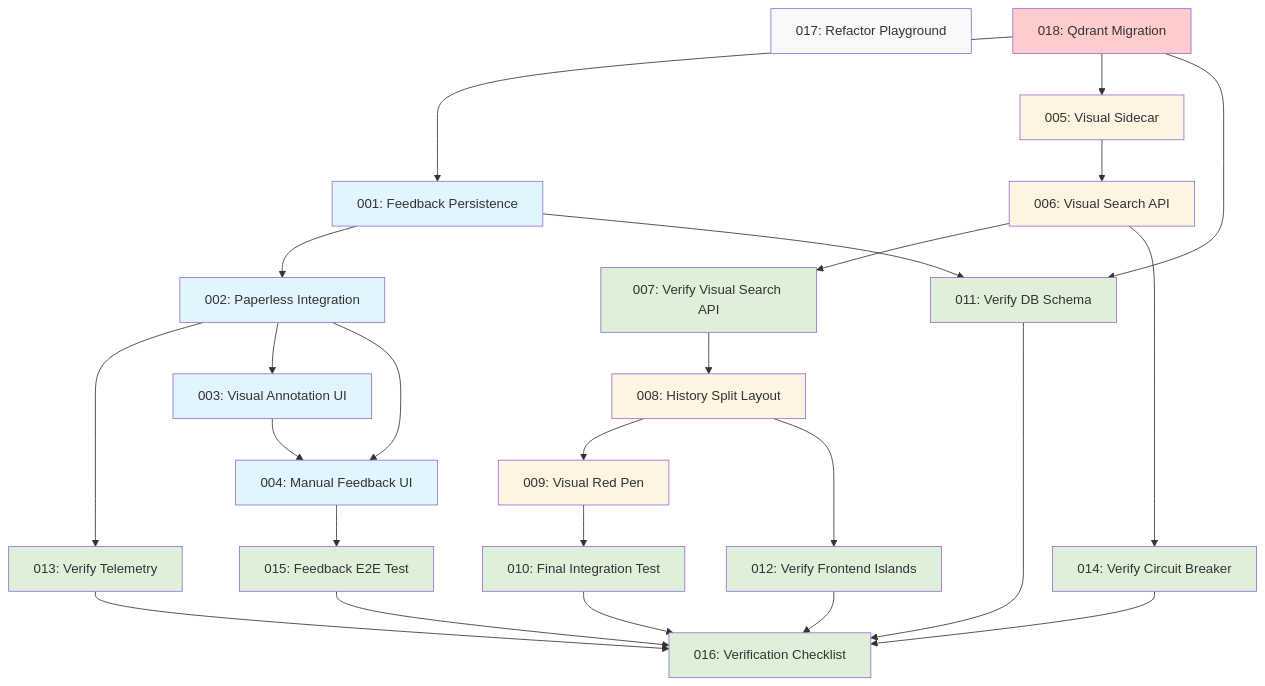
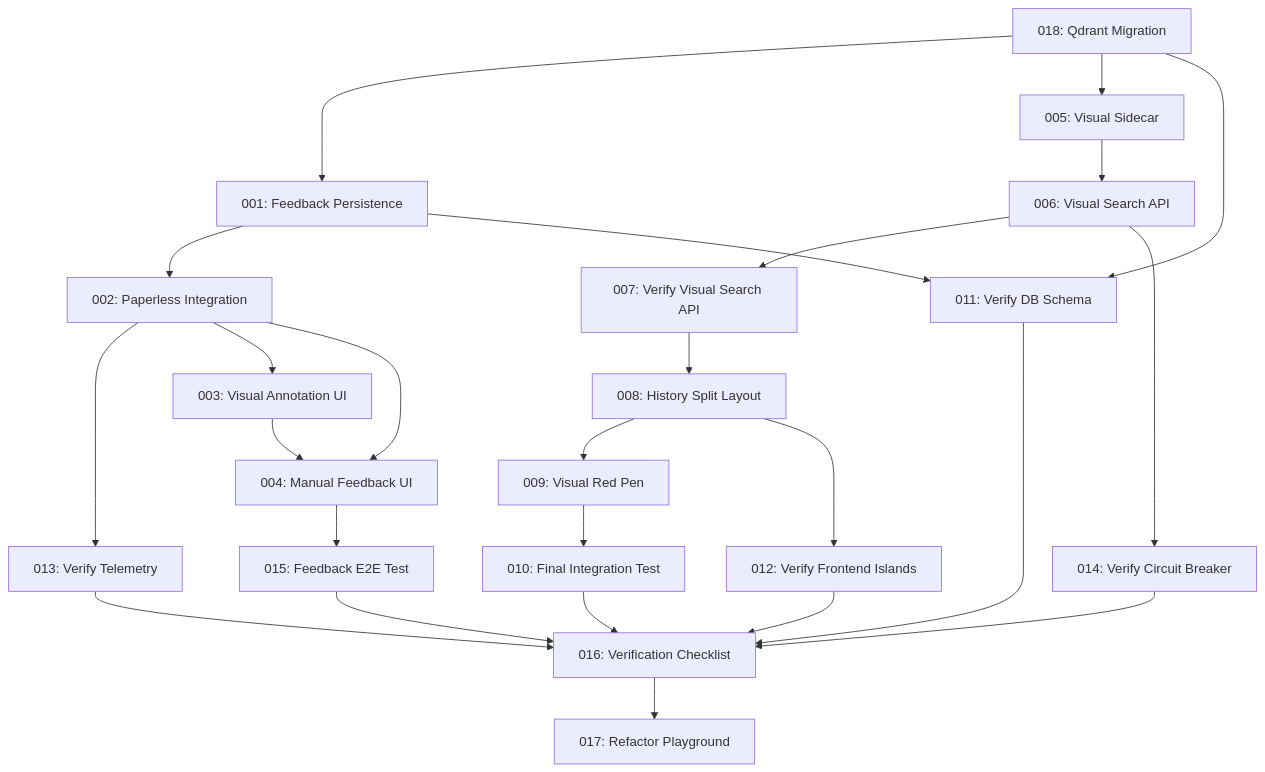
Before and after one commit to Walchshofer/paperless-ai: the diagram in prompts/EXECUTION_ORDER.md, drawn with Mermaid. The commit also changed other lines of this file and 74 other files, not shown here.

````diff
--- a/prompts/EXECUTION_ORDER.md
+++ b/prompts/EXECUTION_ORDER.md
@@ -10,52 +10,32 @@
 ```mermaid
 graph TD
+    %% Phase 5: Qdrant Migration (The Alpha-9 Root)
+    018[018: Qdrant Migration] --> 001
+    018 --> 005
+    018 --> 011
+
     %% Phase 1: Backend Foundation
     001[001: Feedback Persistence] --> 002[002: Paperless Integration]
     001 --> 011[011: Verify DB Schema]
     002 --> 013[013: Verify Telemetry]
 
-    %% Phase 2: Manual Route UI
+    %% Phase 2: Manual Route UI (Hybrid SOT)
     002 --> 003[003: Visual Annotation UI]
     002 --> 004[004: Manual Feedback UI]
     003 --> 004
     004 --> 015[015: Feedback E2E Test]
 
-    %% Phase 3: History Route Enhancement
+    %% Phase 3: History Route Enhancement (MaxSim)
     005[005: Visual Sidecar] --> 006[006: Visual Search API]
     006 --> 007[007: Verify Visual Search API]
     006 --> 014[014: Verify Circuit Breaker]
     007 --> 008[008: History Split Layout]
     008 --> 009[009: Visual Red Pen]
     008 --> 012[012: Verify Frontend Islands]
     009 --> 010[010: Final Integration Test]
 
-    %% Phase 4: Final Verification & Cleanup
+    %% Phase 4: Final Verification
     011 & 012 & 013 & 014 & 015 & 010 --> 016[016: Verification Checklist]
+    016 --> 017[017: Refactor Playground]
 
-    %% Independent / Cleanup
-    017[017: Refactor Playground]
-
-    %% Phase 5: Qdrant Migration (BREAKING CHANGE)
-    018[018: Qdrant Migration] --> 001
-    018 --> 005
-    018 --> 011
-
-    style 001 fill:#e1f5ff
-    style 002 fill:#e1f5ff
-    style 003 fill:#e1f5ff
-    style 004 fill:#e1f5ff
-    style 005 fill:#fff4e1
-    style 006 fill:#fff4e1
-    style 007 fill:#dff0d8
-    style 008 fill:#fff4e1
-    style 009 fill:#fff4e1
-    style 010 fill:#dff0d8
-    style 011 fill:#dff0d8
-    style 012 fill:#dff0d8
-    style 013 fill:#dff0d8
-    style 014 fill:#dff0d8
-    style 015 fill:#dff0d8
-    style 016 fill:#dff0d8
-    style 017 fill:#f9f9f9
-    style 018 fill:#ffcccc
 ```
````
